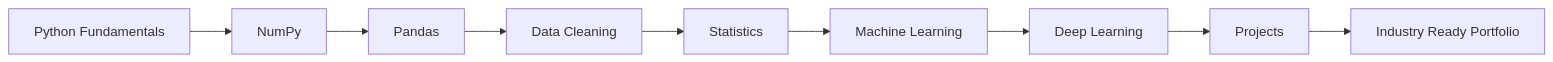
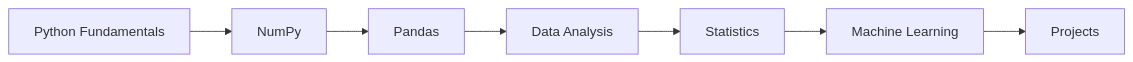
Before and after one commit to Shrutishinha/Machine-Learning-Journey: the diagram in README.md, drawn with Mermaid. The commit also changed other lines of this file, not shown here.

````diff
--- a/README.md
+++ b/README.md
@@ -65,20 +87,16 @@
 ```mermaid
 flowchart LR
 
 A[Python Fundamentals]
 --> B[NumPy]
 
 B --> C[Pandas]
 
-C --> D[Data Cleaning]
+C --> D[Data Analysis]
 
 D --> E[Statistics]
 
 E --> F[Machine Learning]
 
-F --> G[Deep Learning]
-
-G --> H[Projects]
-
-H --> I[Industry Ready Portfolio]
+F --> G[Projects]
 ```
````
